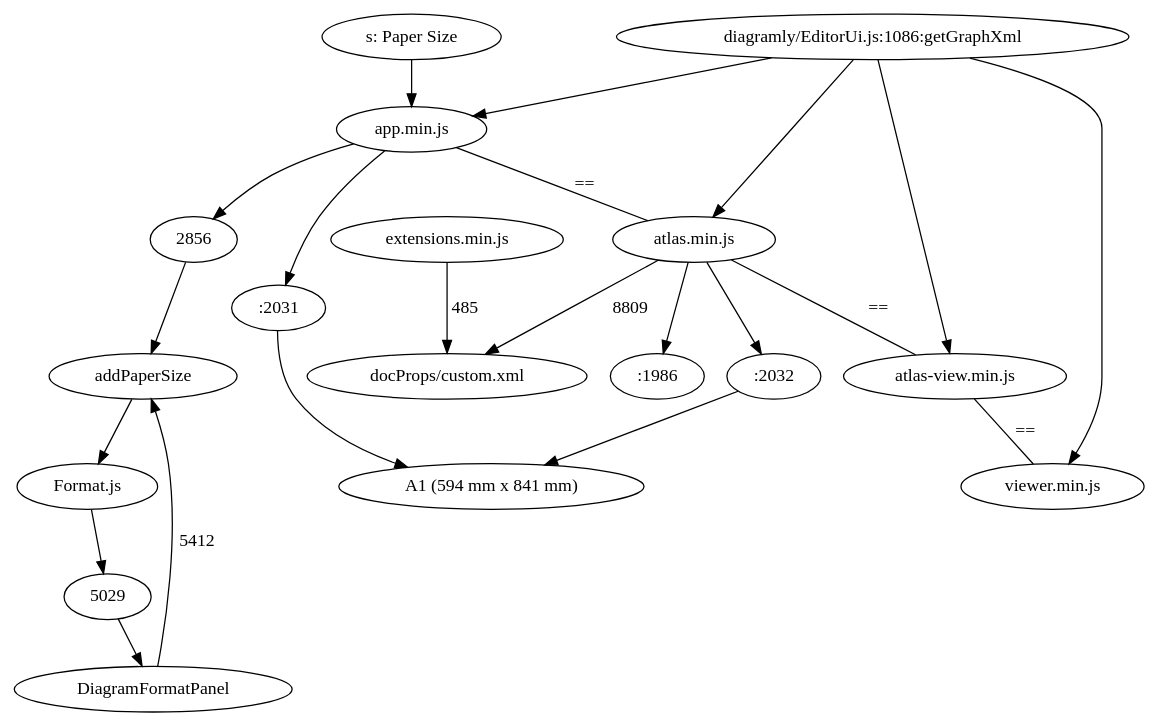
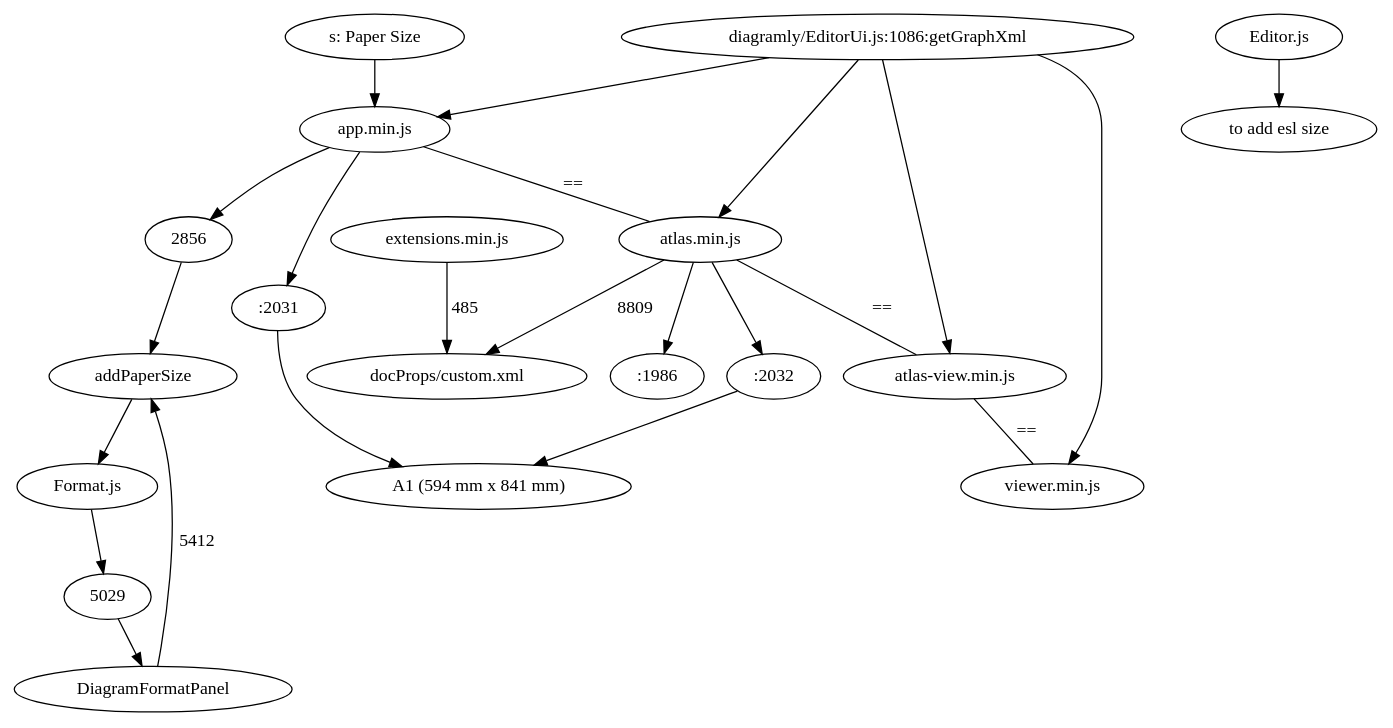
The diagram in relation.dot (heraldia/drawio), drawn with Graphviz before and after one commit. The commit also changed 4 other files, not shown here.

```diff
--- a/relation.dot
+++ b/relation.dot
@@ -1,17 +1,18 @@
 digraph first2{
 "diagramly/EditorUi.js:1086:getGraphXml" -> "app.min.js";
 "diagramly/EditorUi.js:1086:getGraphXml" -> "atlas.min.js" -> ":1986";
 "app.min.js" -> ":2031" -> "A1 (594 mm x 841 mm)";
 "atlas.min.js" -> ":2032" -> "A1 (594 mm x 841 mm)";
 "diagramly/EditorUi.js:1086:getGraphXml" -> "atlas-view.min.js";
 "diagramly/EditorUi.js:1086:getGraphXml" -> "viewer.min.js";
 
 "app.min.js" -> "atlas.min.js" -> "atlas-view.min.js" -> "viewer.min.js" [label
     = "==", arrowhead="none" ];
 
 "s: Paper Size" -> "app.min.js" -> "2856" -> "addPaperSize";
 "addPaperSize" -> "Format.js" -> "5029" -> "DiagramFormatPanel";
 "DiagramFormatPanel" -> "addPaperSize" [label= "5412" ];
 "atlas.min.js"  -> "docProps/custom.xml" [label = "8809" ];
 "extensions.min.js" -> "docProps/custom.xml" [label = "485"]; 
+"Editor.js" -> "to add esl size";
 }
```
